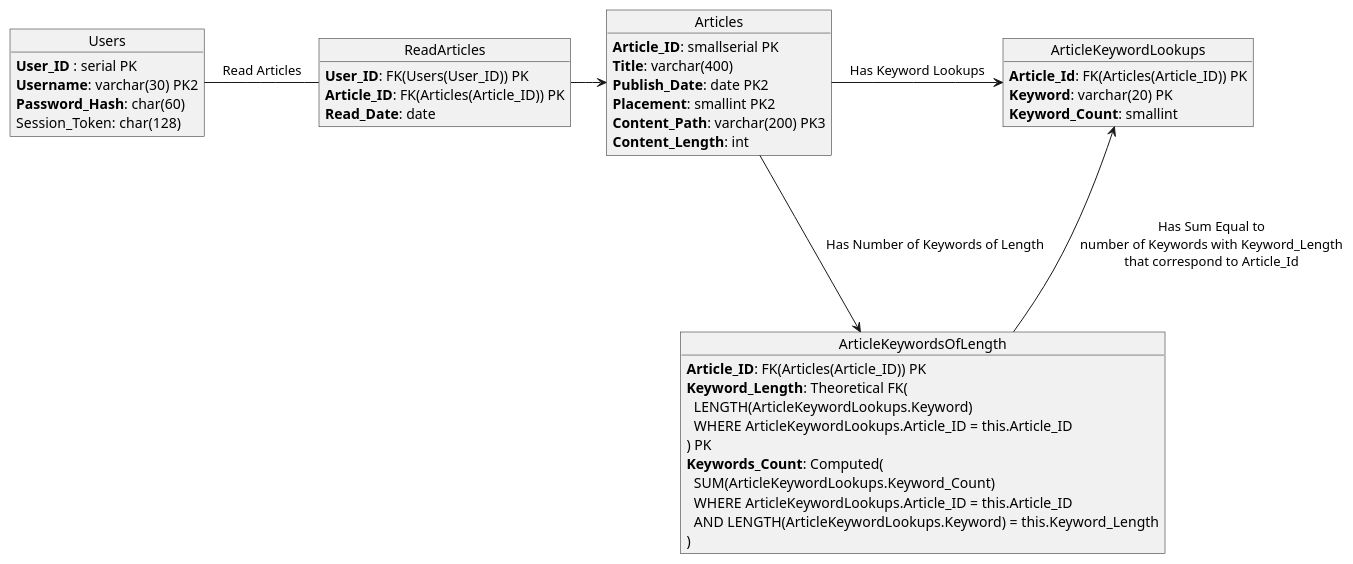
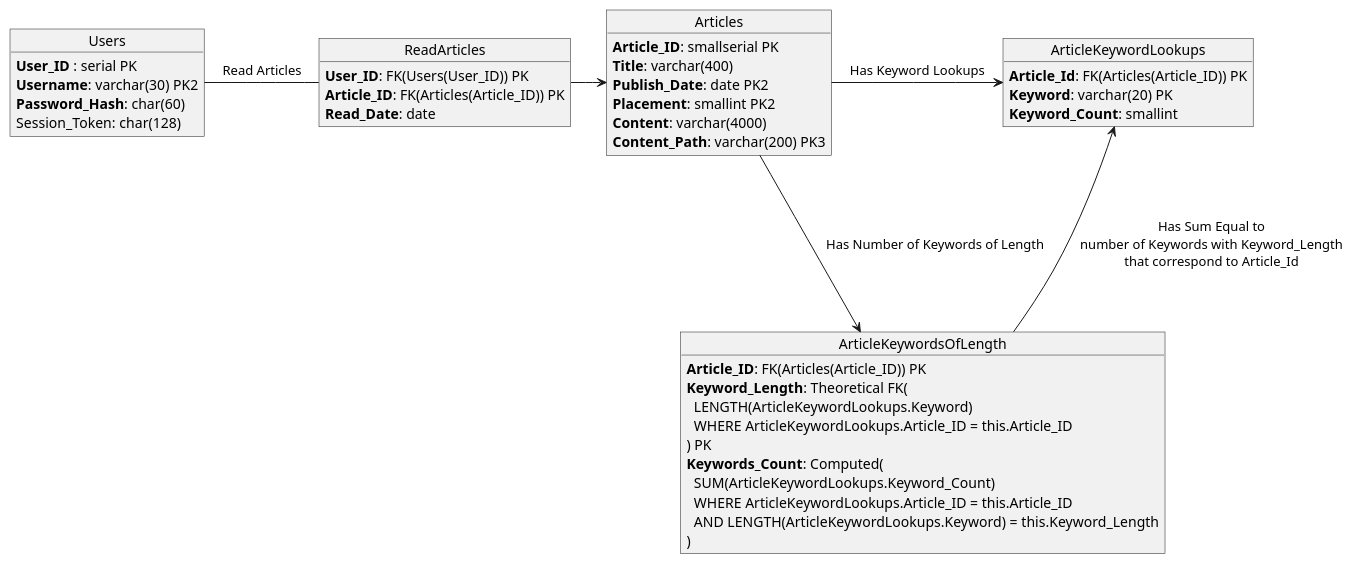
Before and after one commit to g-robertson/ISP-Term-Project: the diagram in src/diagrams/db.puml, drawn with PlantUML. The commit also changed 5 other files, not shown here.

Commit message:
Change db schema to have content in addition to content_path

```diff
--- a/src/diagrams/db.puml
+++ b/src/diagrams/db.puml
@@ -1,43 +1,43 @@
 @startuml
 
 object Users {
   **User_ID** : serial PK
   **Username**: varchar(30) PK2
   **Password_Hash**: char(60)
   Session_Token: char(128)
 }
 
 object ReadArticles {
   **User_ID**: FK(Users(User_ID)) PK
   **Article_ID**: FK(Articles(Article_ID)) PK
   **Read_Date**: date
 }
 
 object Articles {
   **Article_ID**: smallserial PK
   **Title**: varchar(400)
   **Publish_Date**: date PK2
   **Placement**: smallint PK2
+  **Content**: varchar(4000)
   **Content_Path**: varchar(200) PK3
-  **Content_Length**: int
 }
 
 object ArticleKeywordLookups {
   **Article_Id**: FK(Articles(Article_ID)) PK
   **Keyword**: varchar(20) PK
   **Keyword_Count**: smallint
 }
 
 object ArticleKeywordsOfLength {
   **Article_ID**: FK(Articles(Article_ID)) PK
   **Keyword_Length**: Theoretical FK(\n  LENGTH(ArticleKeywordLookups.Keyword)\n  WHERE ArticleKeywordLookups.Article_ID = this.Article_ID\n) PK
   **Keywords_Count**: Computed(\n  SUM(ArticleKeywordLookups.Keyword_Count)\n  WHERE ArticleKeywordLookups.Article_ID = this.Article_ID\n  AND LENGTH(ArticleKeywordLookups.Keyword) = this.Keyword_Length\n) 
 }
 
 Users -r- ReadArticles: Read Articles
 ReadArticles-r->Articles
 
 Articles->ArticleKeywordLookups: Has Keyword Lookups
 Articles-d-->ArticleKeywordsOfLength: Has Number of Keywords of Length
 ArticleKeywordsOfLength-u-->ArticleKeywordLookups: Has Sum Equal to\nnumber of Keywords with Keyword_Length\nthat correspond to Article_Id
 @enduml
```
